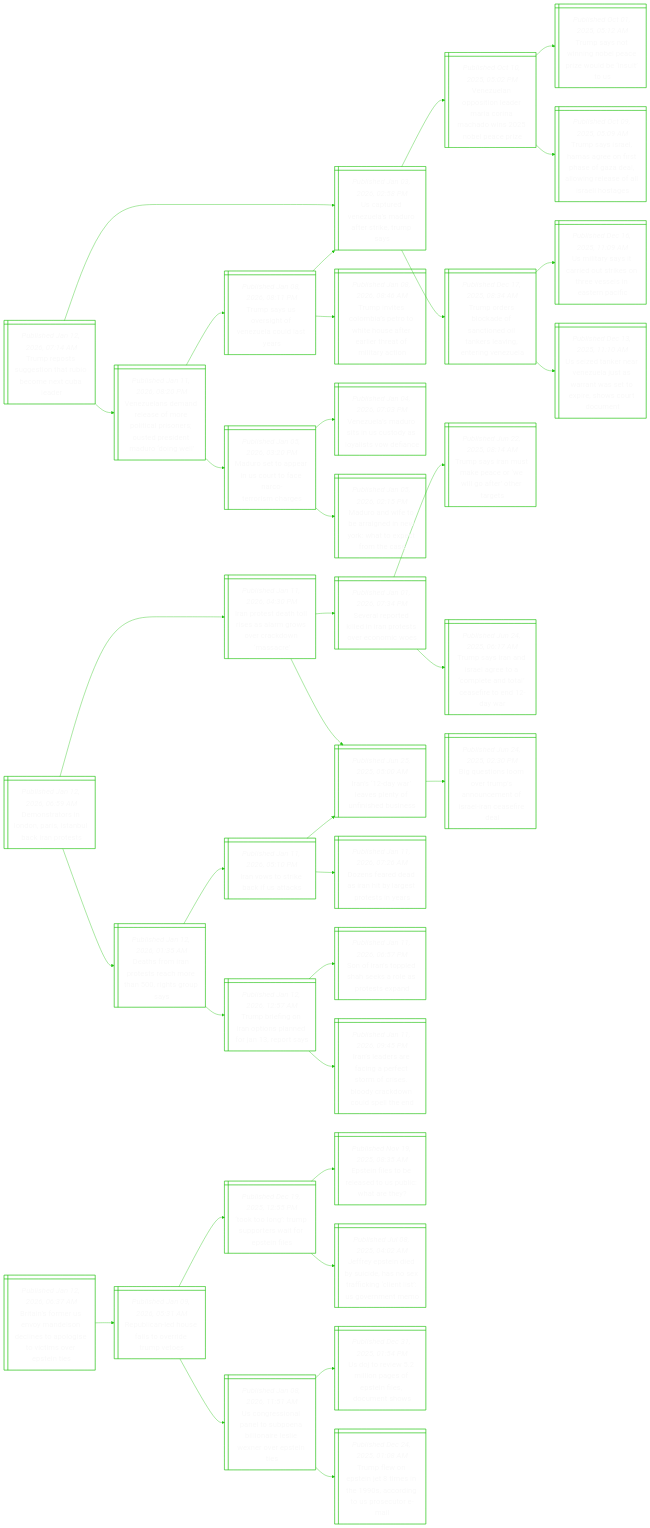
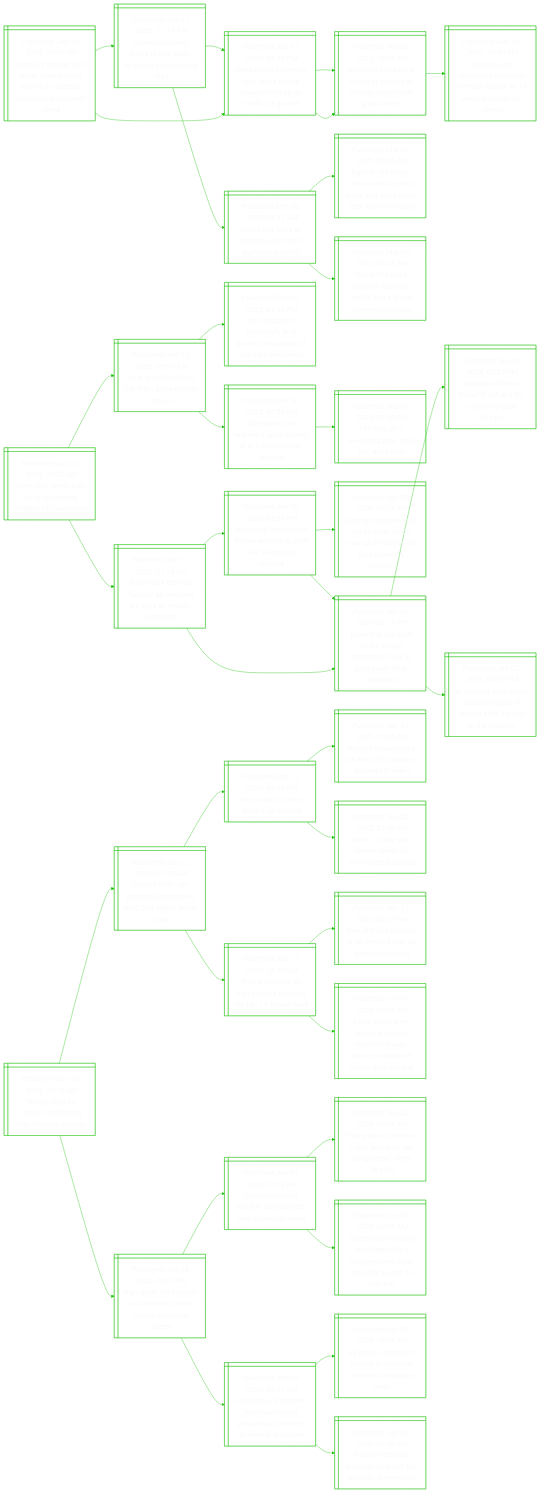
Before and after one commit to notJmes/notJmes: the diagram in README.md, drawn with Mermaid. The commit also changed other lines of this file, not shown here.

````diff
--- a/README.md
+++ b/README.md
@@ -16,66 +16,76 @@
 flowchart LR
 classDef txtsize font-size:20px;
 
-Trtgotomtlr@{ shape: win-pane, label: "_Published Jan 12, 2026, 07:14 AM_
-Trump reposts suggestion that rubio become next cuba leader" }
-UtVuMorkms@{ shape: win-pane, label: "_Published Jan 03, 2026, 02:58 PM_
-Us captured venezuela’s maduro after strike, trump says" }
-Vuoilranhibai@{ shape: win-pane, label: "_Published Oct 10, 2025, 05:02 PM_
-Venezuelan opposition leader maria corina machado wins 2025 nobel peace prize" }
-TsonoeroelS@{ shape: win-pane, label: "_Published Oct 01, 2025, 05:12 AM_
-Trump says not winning nobel peace prize would be ‘insult’ to us" }
-TssHaossaaorslaoe@{ shape: win-pane, label: "_Published Oct 09, 2025, 05:09 AM_
-Trump says israel, hamas agree on first phase of gaza deal, allowing release of all israeli hostages" }
-Toskftdasitgz@{ shape: win-pane, label: "_Published Dec 17, 2025, 08:34 AM_
-Trump orders blockade of sanctioned oil tankers leaving, entering venezuela" }
-Uistitktvlanf@{ shape: win-pane, label: "_Published Dec 16, 2025, 11:09 AM_
-Us military says it carried out strikes on three vessels in eastern pacific" }
-Uznenltrwtphoon@{ shape: win-pane, label: "_Published Dec 13, 2025, 11:10 AM_
-Us seized tanker near venezuela just as warrant was set to expire, shows court document" }
-Vusnefpiresredoe@{ shape: win-pane, label: "_Published Jan 11, 2026, 08:20 PM_
-Venezuelans demand release of more political prisoners; ousted president maduro ‘doing well’" }
-TsSsoeady@{ shape: win-pane, label: "_Published Jan 08, 2026, 08:11 PM_
-Trump says us oversight of venezuela could last years" }
-Tieosoiutrttlyo@{ shape: win-pane, label: "_Published Jan 08, 2026, 08:46 AM_
-Trump invites colombia’s petro to white house after earlier threat of military action" }
-UtVuMorkms@{ shape: win-pane, label: "_Published Jan 03, 2026, 02:58 PM_
-Us captured venezuela’s maduro after strike, trump says" }
-MooaStccrmg@{ shape: win-pane, label: "_Published Jan 05, 2026, 03:20 PM_
-Maduro set to appear in us court to face narco-terrorism charges" }
-VuMoiuyytdn@{ shape: win-pane, label: "_Published Jan 04, 2026, 07:03 PM_
-Venezuela’s maduro sits in us custody as loyalists vow defiance" }
-MoibadwWocma@{ shape: win-pane, label: "_Published Jan 05, 2026, 02:15 PM_
-Maduro and wife to be arraigned in new york: what to expect from the case" }
+Cyjioarpfntttii@{ shape: win-pane, label: "_Published Jan 12, 2026, 11:49 AM_
+Carney’s beijing visit could mark turning point for canada’s tumultuous ties with china" }
+Canatreorhi@{ shape: win-pane, label: "_Published Jan 11, 2026, 11:17 AM_
+Canada’s carney plans to talk trade, relations during china visit" }
+CarotaldhUiiw@{ shape: win-pane, label: "_Published Jan 07, 2026, 09:51 PM_
+Canada pm carney to visit china to talk trade with xi as us tariffs hit growth" }
+DnnnkpslypGls@{ shape: win-pane, label: "_Published Sep 02, 2021, 12:19 PM_
+Detained canadians linked by photos of military equipment: global times" }
+ChaCafauef@{ shape: win-pane, label: "_Published Mar 08, 2025, 09:31 AM_
+China hits back at canada with fresh agriculture tariffs" }
+Ftfhatiarmedvn@{ shape: win-pane, label: "_Published Mar 07, 2025, 05:00 AM_
+‘fight to the finish’: china vows to resist trade war, back more tech and innovation" }
+Chaaltrbgoet@{ shape: win-pane, label: "_Published Mar 04, 2025, 09:45 PM_
+China hits back against latest us tariffs, but signals openness to talks" }
+CarotaldhUiiw@{ shape: win-pane, label: "_Published Jan 07, 2026, 09:51 PM_
+Canada pm carney to visit china to talk trade with xi as us tariffs hit growth" }
+DnnnkpslypGls@{ shape: win-pane, label: "_Published Sep 02, 2021, 12:19 PM_
+Detained canadians linked by photos of military equipment: global times" }
+Ccsnaahptrrfy@{ shape: win-pane, label: "_Published Aug 11, 2021, 10:42 AM_
+China court sentences canadian michael spavor to 11 years in prison for spying" }
 
-Trtgotomtlr:::txtsize --> UtVuMorkms:::txtsize
-UtVuMorkms:::txtsize --> Vuoilranhibai:::txtsize
-Vuoilranhibai:::txtsize --> TsonoeroelS:::txtsize
-Vuoilranhibai:::txtsize --> TssHaossaaorslaoe:::txtsize
-UtVuMorkms:::txtsize --> Toskftdasitgz:::txtsize
-Toskftdasitgz:::txtsize --> Uistitktvlanf:::txtsize
-Toskftdasitgz:::txtsize --> Uznenltrwtphoon:::txtsize
-Trtgotomtlr:::txtsize --> Vusnefpiresredoe:::txtsize
-Vusnefpiresredoe:::txtsize --> TsSsoeady:::txtsize
-TsSsoeady:::txtsize --> Tieosoiutrttlyo:::txtsize
-TsSsoeady:::txtsize --> UtVuMorkms:::txtsize
-Vusnefpiresredoe:::txtsize --> MooaStccrmg:::txtsize
-MooaStccrmg:::txtsize --> VuMoiuyytdn:::txtsize
-MooaStccrmg:::txtsize --> MoibadwWocma:::txtsize
+Cyjioarpfntttii:::txtsize --> Canatreorhi:::txtsize
+Canatreorhi:::txtsize --> CarotaldhUiiw:::txtsize
+CarotaldhUiiw:::txtsize --> DnnnkpslypGls:::txtsize
+Canatreorhi:::txtsize --> ChaCafauef:::txtsize
+ChaCafauef:::txtsize --> Ftfhatiarmedvn:::txtsize
+ChaCafauef:::txtsize --> Chaaltrbgoet:::txtsize
+Cyjioarpfntttii:::txtsize --> CarotaldhUiiw:::txtsize
+CarotaldhUiiw:::txtsize --> DnnnkpslypGls:::txtsize
+DnnnkpslypGls:::txtsize --> Ccsnaahptrrfy:::txtsize
 
-DsoLnsnaat@{ shape: win-pane, label: "_Published Jan 12, 2026, 06:59 AM_
-Demonstrators in london, paris, istanbul back iran protests" }
-Irthrarwrkmc@{ shape: win-pane, label: "_Published Jan 11, 2026, 04:30 PM_
-Iran protest death toll rises as alarm grows over crackdown ‘massacre’" }
-Saokdatocis@{ shape: win-pane, label: "_Published Jan 01, 2026, 07:34 PM_
-Several reported killed in iran protests over economic woes" }
-Tsrseeworre@{ shape: win-pane, label: "_Published Jun 22, 2025, 08:14 AM_
-Trump says iran must make peace or ‘we will go after’ other targets" }
-Tsrdeecedletdr@{ shape: win-pane, label: "_Published Jun 24, 2025, 06:17 AM_
-Trump says iran and israel agree to a ‘complete and total’ ceasefire to end 12-day war" }
-IDrenuibe@{ shape: win-pane, label: "_Published Jun 25, 2025, 05:00 AM_
-Iran’s ‘12-day war’ leaves plenty of unfinished business" }
-BenmTsueIlcfe@{ shape: win-pane, label: "_Published Jun 24, 2025, 02:30 PM_
-Big questions loom over trump’s announcement of israel-iran ceasefire deal" }
+Nrkoetafis@{ shape: win-pane, label: "_Published Jan 12, 2026, 11:25 AM_
+New york seeks ban on ai-generated images of candidates" }
+Adoefgct@{ shape: win-pane, label: "_Published Jan 07, 2026, 05:00 AM_
+As ai adoption rises, job fears grow across the us" }
+Fmtrtdnusbww@{ shape: win-pane, label: "_Published Dec 22, 2025, 01:50 PM_
+From amazon to microsoft, ai is driving thousands of job cuts worldwide" }
+CnrmpyIeojt@{ shape: win-pane, label: "_Published Nov 20, 2025, 07:59 AM_
+Companies are warming up to saying ai is the reason for job cuts" }
+Fwdroisp@{ shape: win-pane, label: "_Published Sep 19, 2025, 05:00 AM_
+For now, ai is devouring jobs. this, too, shall pass" }
+Eulfsoromea@{ shape: win-pane, label: "_Published Jan 11, 2026, 01:18 AM_
+Elon musk calls uk ‘fascist’ as row over x’s grok ai images escalates" }
+Ieeabssreueg@{ shape: win-pane, label: "_Published Jan 10, 2026, 03:27 PM_
+Indonesia temporarily blocks access to grok over sexualised images" }
+GnsaoetvogEupo@{ shape: win-pane, label: "_Published Jan 07, 2026, 01:15 AM_
+German minister calls for eu legal steps over grok images on elon musk’s x platform" }
+MAGiigaopsfas@{ shape: win-pane, label: "_Published Jan 09, 2026, 08:12 PM_
+Musk’s ai bot grok limits image generation on x to paid users after backlash" }
+MAGiigaopsfas@{ shape: win-pane, label: "_Published Jan 09, 2026, 08:12 PM_
+Musk’s ai bot grok limits image generation on x to paid users after backlash" }
+MsaniarnGm@{ shape: win-pane, label: "_Published Jan 04, 2026, 02:35 PM_
+Malaysia, france, india hit out at x for ‘offensive’ grok images" }
+Atrsxmootpngs@{ shape: win-pane, label: "_Published Jan 02, 2026, 08:15 PM_
+Ai chatbot grok posts sexual images of minors after ‘lapses in safeguards’" }
+
+Nrkoetafis:::txtsize --> Adoefgct:::txtsize
+Adoefgct:::txtsize --> Fmtrtdnusbww:::txtsize
+Adoefgct:::txtsize --> CnrmpyIeojt:::txtsize
+CnrmpyIeojt:::txtsize --> Fwdroisp:::txtsize
+Nrkoetafis:::txtsize --> Eulfsoromea:::txtsize
+Eulfsoromea:::txtsize --> Ieeabssreueg:::txtsize
+Ieeabssreueg:::txtsize --> GnsaoetvogEupo:::txtsize
+Ieeabssreueg:::txtsize --> MAGiigaopsfas:::txtsize
+Eulfsoromea:::txtsize --> MAGiigaopsfas:::txtsize
+MAGiigaopsfas:::txtsize --> MsaniarnGm:::txtsize
+MAGiigaopsfas:::txtsize --> Atrsxmootpngs:::txtsize
+
+TsSenialps@{ shape: win-pane, label: "_Published Jan 12, 2026, 10:14 AM_
+Trump says us closely monitoring iran, mulling options" }
 DsIrtcersp@{ shape: win-pane, label: "_Published Jan 12, 2026, 01:35 AM_
 Deaths from iran protests reach more than 500, rights group says" }
 Ioseits@{ shape: win-pane, label: "_Published Jan 11, 2026, 05:10 PM_
@@ -90,44 +100,34 @@
 Son of iran’s toppled shah seeks a role as protests expand" }
 Ilrfgftfeoawlle@{ shape: win-pane, label: "_Published Jan 11, 2026, 09:45 PM_
 Iran’s leaders are facing a perfect storm of crises. bloody crackdown could spell the end" }
+Ihfeatrreine@{ shape: win-pane, label: "_Published Jan 09, 2026, 06:01 PM_
+Iran shuts off internet as protesters start fires in widening unrest" }
+Saokdatocis@{ shape: win-pane, label: "_Published Jan 01, 2026, 07:34 PM_
+Several reported killed in iran protests over economic woes" }
+Tsrseeworre@{ shape: win-pane, label: "_Published Jun 22, 2025, 08:14 AM_
+Trump says iran must make peace or ‘we will go after’ other targets" }
+Tsrdeecedletdr@{ shape: win-pane, label: "_Published Jun 24, 2025, 06:17 AM_
+Trump says iran and israel agree to a ‘complete and total’ ceasefire to end 12-day war" }
+Uaseynncueoiu@{ shape: win-pane, label: "_Published Jan 09, 2026, 05:41 AM_
+Us treasury’s bessent says iran facing precarious moment, economy in trouble" }
+Uunnaoanlpr@{ shape: win-pane, label: "_Published Dec 31, 2025, 12:09 AM_
+Us issues sanctions related to iran and venezuela weapons trade" }
+Iaerteoune@{ shape: win-pane, label: "_Published Jan 09, 2026, 06:26 AM_
+Iranians step up protests as death toll mounts, internet cut" }
 
-DsoLnsnaat:::txtsize --> Irthrarwrkmc:::txtsize
-Irthrarwrkmc:::txtsize --> Saokdatocis:::txtsize
-Saokdatocis:::txtsize --> Tsrseeworre:::txtsize
-Saokdatocis:::txtsize --> Tsrdeecedletdr:::txtsize
-Irthrarwrkmc:::txtsize --> IDrenuibe:::txtsize
-IDrenuibe:::txtsize --> BenmTsueIlcfe:::txtsize
-DsoLnsnaat:::txtsize --> DsIrtcersp:::txtsize
+TsSenialps:::txtsize --> DsIrtcersp:::txtsize
 DsIrtcersp:::txtsize --> Ioseits:::txtsize
 Ioseits:::txtsize --> Dsedabgrte:::txtsize
 Ioseits:::txtsize --> IDrenuibe:::txtsize
 DsIrtcersp:::txtsize --> TbiIpsnres:::txtsize
 TbiIpsnres:::txtsize --> SItehseosn:::txtsize
 TbiIpsnres:::txtsize --> Ilrfgftfeoawlle:::txtsize
-
-BirSyednagoieti@{ shape: win-pane, label: "_Published Jan 12, 2026, 06:37 AM_
-Britain’s former us envoy mandelson declines to apologise to victims over epstein ties" }
-Rlluioiut@{ shape: win-pane, label: "_Published Jan 09, 2026, 05:31 AM_
-Republican-led house fails to override trump vetoes" }
-Togposfsf@{ shape: win-pane, label: "_Published Dec 19, 2025, 12:55 PM_
-‘took too long’: trump supporters wait for epstein files" }
-Eieeaobhe@{ shape: win-pane, label: "_Published Nov 19, 2025, 08:35 AM_
-Epstein files to be released to us public: what are they?" }
-Jetisdntigntvem@{ shape: win-pane, label: "_Published Jul 08, 2025, 04:02 AM_
-Jeffrey epstein died by suicide, has no sex trafficking ‘client list’: us government memo" }
-Ugiptpboeineti@{ shape: win-pane, label: "_Published Jan 08, 2026, 11:51 AM_
-Us congressional panel to subpoena billionaire leslie wexner over epstein ties" }
-Utilpotionw@{ shape: win-pane, label: "_Published Dec 31, 2025, 01:54 PM_
-Us doj to review 5.2 million pages of epstein files, document shows" }
-Tfnetseogpce@{ shape: win-pane, label: "_Published Dec 24, 2025, 01:08 AM_
-Trump flew on epstein jet 8 times in the 1990s, according to us prosecutor e-mail" }
-
-BirSyednagoieti:::txtsize --> Rlluioiut:::txtsize
-Rlluioiut:::txtsize --> Togposfsf:::txtsize
-Togposfsf:::txtsize --> Eieeaobhe:::txtsize
-Togposfsf:::txtsize --> Jetisdntigntvem:::txtsize
-Rlluioiut:::txtsize --> Ugiptpboeineti:::txtsize
-Ugiptpboeineti:::txtsize --> Utilpotionw:::txtsize
-Ugiptpboeineti:::txtsize --> Tfnetseogpce:::txtsize
+TsSenialps:::txtsize --> Ihfeatrreine:::txtsize
+Ihfeatrreine:::txtsize --> Saokdatocis:::txtsize
+Saokdatocis:::txtsize --> Tsrseeworre:::txtsize
+Saokdatocis:::txtsize --> Tsrdeecedletdr:::txtsize
+Ihfeatrreine:::txtsize --> Uaseynncueoiu:::txtsize
+Uaseynncueoiu:::txtsize --> Uunnaoanlpr:::txtsize
+Uaseynncueoiu:::txtsize --> Iaerteoune:::txtsize
 
 ```
````
